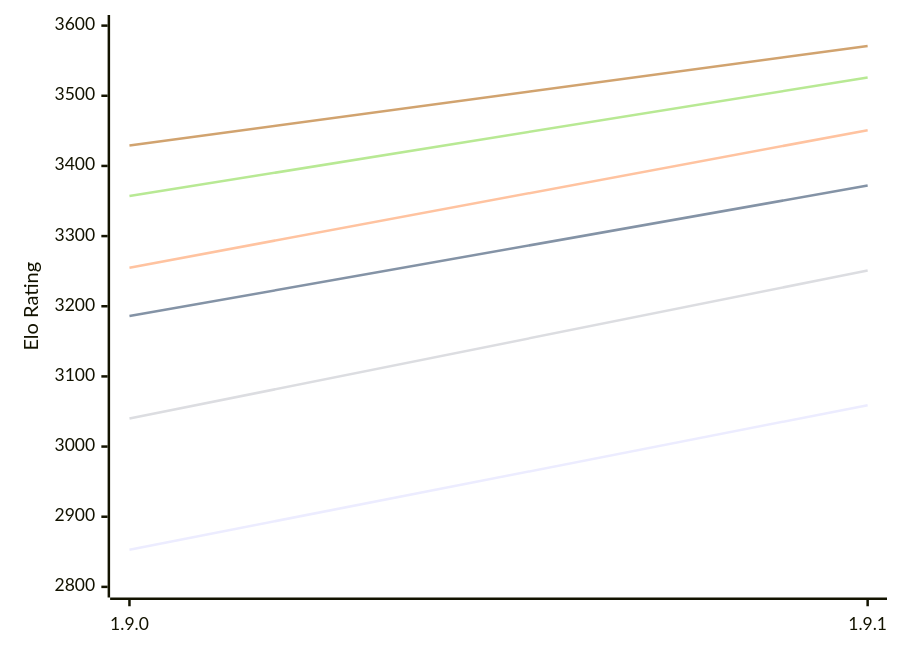
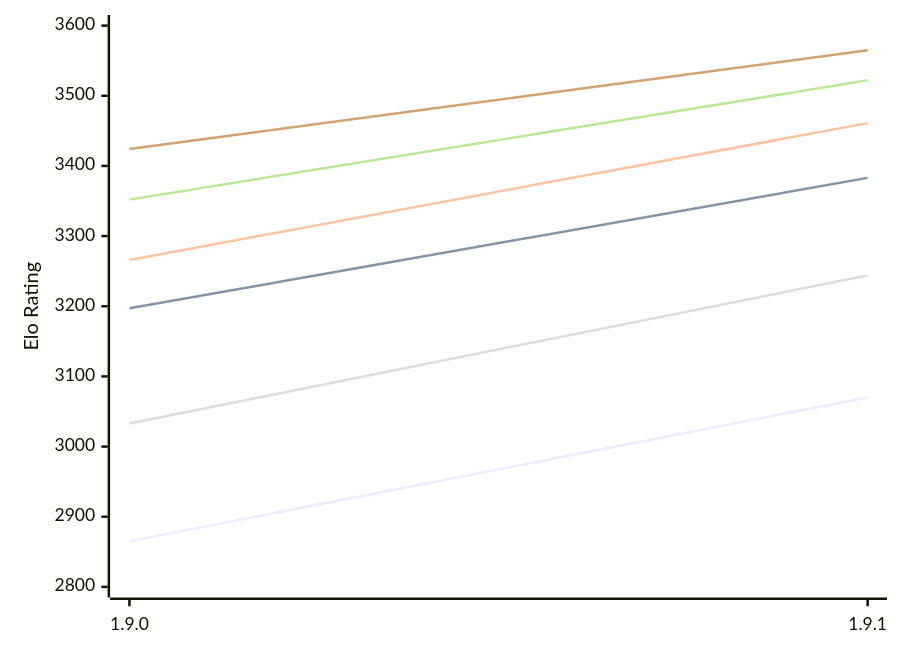
The diagram in engines/Superpawn.md (computer-chess-index/cci), drawn with Mermaid before and after one commit. The commit also changed other lines of this file, not shown here.

Commit message:
Update CCI Ratings (ELO VLTC) - 2026-11-06

````diff
--- a/engines/Superpawn.md
+++ b/engines/Superpawn.md
@@ -49,12 +49,12 @@
 ```mermaid
 %%{init: {"theme":"base","themeVariables":{"seriesColors:['#a3a3a3','#222221','#faa371']}}}%%
 xychart-beta
   x-axis ["1.9.0", "1.9.1"]
   y-axis "Elo Rating" 2800 --> 3600
-  line "E1: STC (8.0+0.08s)" [2853, 3059]
-  line "E1: LTC (60.0+0.60s)" [3186, 3372]
-  line "E1: VLTC (2m24s+1.12s)" [3255, 3451]
-  line "P1: STC (8.0+0.08s)" [3040, 3251]
-  line "P1: LTC (60.0+0.60s)" [3357, 3526]
-  line "P1: VLTC (2m24s+1.12s)" [3429, 3571]
+  line "E1: STC (8.0+0.08s)" [2865, 3070]
+  line "E1: LTC (60.0+0.60s)" [3197, 3383]
+  line "E1: VLTC (2m24s+1.12s)" [3266, 3461]
+  line "P1: STC (8.0+0.08s)" [3033, 3244]
+  line "P1: LTC (60.0+0.60s)" [3352, 3522]
+  line "P1: VLTC (2m24s+1.12s)" [3424, 3565]
 ```
````
